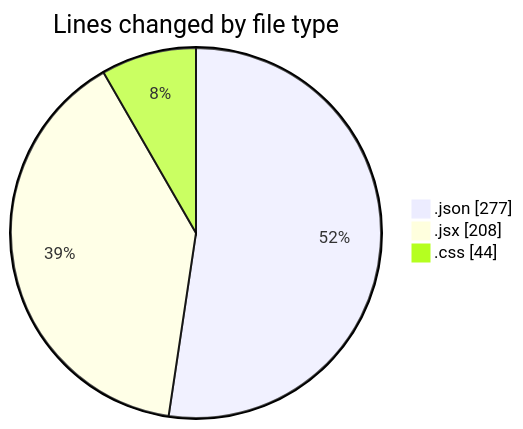
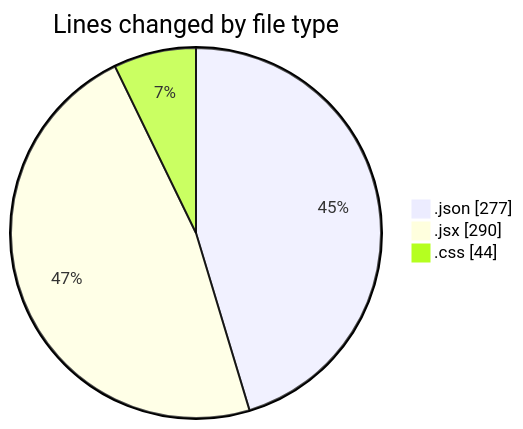
One commit to Elitesun/code-tracking changed the first of 2 diagrams in 2025-02-11/react_ecom/README.md. Above: the diagram before and after it, drawn with Mermaid. The commit also changed other lines of this file and 1 other file, not shown here.

````diff
--- a/2025-02-11/react_ecom/README.md
+++ b/2025-02-11/react_ecom/README.md
@@ -27,7 +28,7 @@
 ```mermaid
 pie showData
 title Lines changed by file type
 ".json" : 277
-".jsx" : 208
+".jsx" : 290
 ".css" : 44
 ```
````
